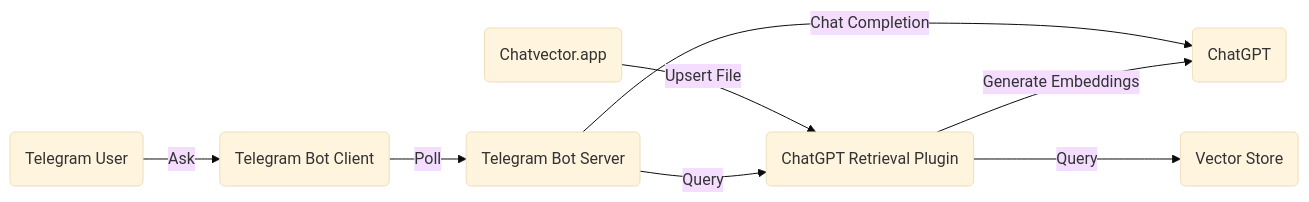
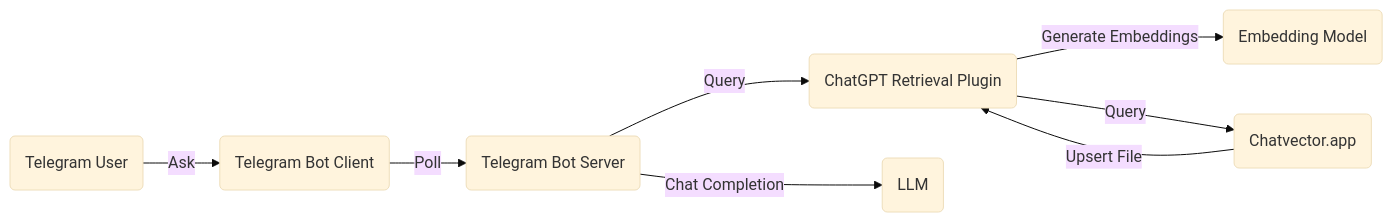
Before and after one commit to doanhaivu/chatgpt_telegram_bot: the diagram in architecture.md, drawn with Mermaid (base theme).

````diff
--- a/architecture.md
+++ b/architecture.md
@@ -1,11 +1,11 @@
 ```mermaid
 
 flowchart LR
     J(Telegram User) --> |Ask| A(Telegram Bot Client)
     A -->|Poll| B(Telegram Bot Server)
     B -->|Query| C(ChatGPT Retrieval Plugin)
-    C -->|Generate Embeddings| D(ChatGPT)
-    B -->|Chat Completion| D(ChatGPT)
-    C -->|Query| E(Vector Store)
+    C -->|Generate Embeddings| D(Embedding Model)
+    B -->|Chat Completion| E(LLM)
+    C -->|Query| F(Vector Store)
     F(Chatvector.app) -->|Upsert File| C
 ```
````
